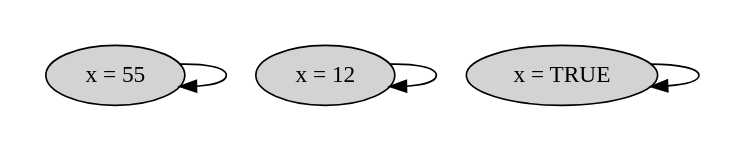
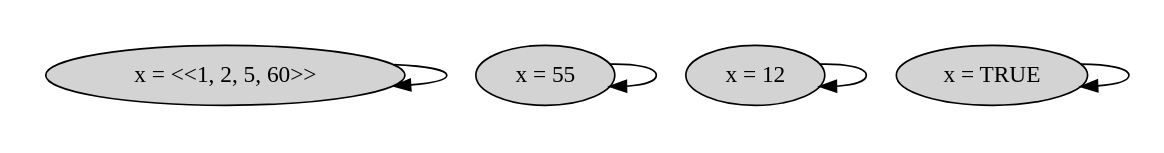
The diagram in specs/with_state_graphs/simple_inline_comment.tla.dot (will62794/spectacle), drawn with Graphviz before and after one commit. The commit also changed 8 other files, not shown here.

```diff
--- a/specs/with_state_graphs/simple_inline_comment.tla.dot
+++ b/specs/with_state_graphs/simple_inline_comment.tla.dot
@@ -1,13 +1,15 @@
 strict digraph DiskGraph {
 nodesep=0.35;
 subgraph cluster_graph {
 color="white";
 3500083964333073195 [label="x = TRUE",style = filled]
 4524828288577077786 [label="x = 12",style = filled]
 -3556450669141143231 [label="x = 55",style = filled]
+3574058852701731367 [label="x = <<1, 2, 5, 60>>",style = filled]
 3500083964333073195 -> 3500083964333073195 [label="",color="black",fontcolor="black"];
 4524828288577077786 -> 4524828288577077786 [label="",color="black",fontcolor="black"];
 -3556450669141143231 -> -3556450669141143231 [label="",color="black",fontcolor="black"];
-{rank = same; -3556450669141143231;3500083964333073195;4524828288577077786;}
+3574058852701731367 -> 3574058852701731367 [label="",color="black",fontcolor="black"];
+{rank = same; -3556450669141143231;3500083964333073195;3574058852701731367;4524828288577077786;}
 }
 }
```
